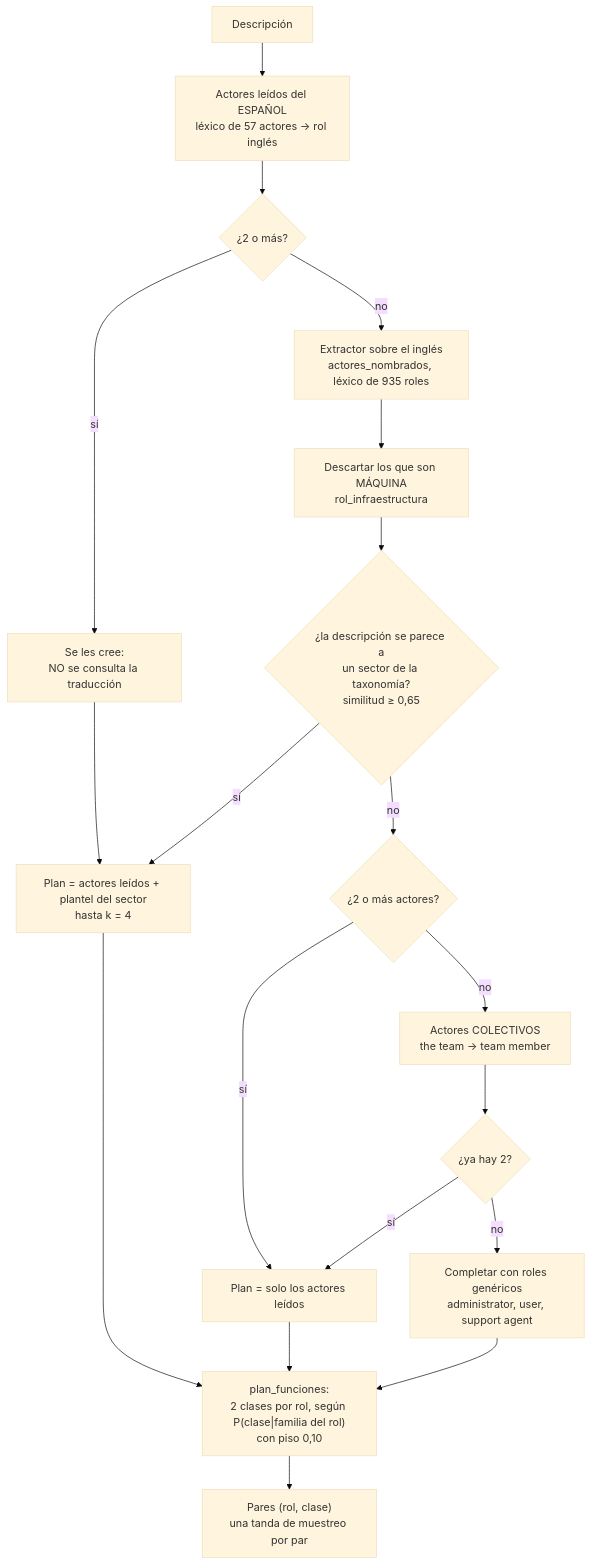
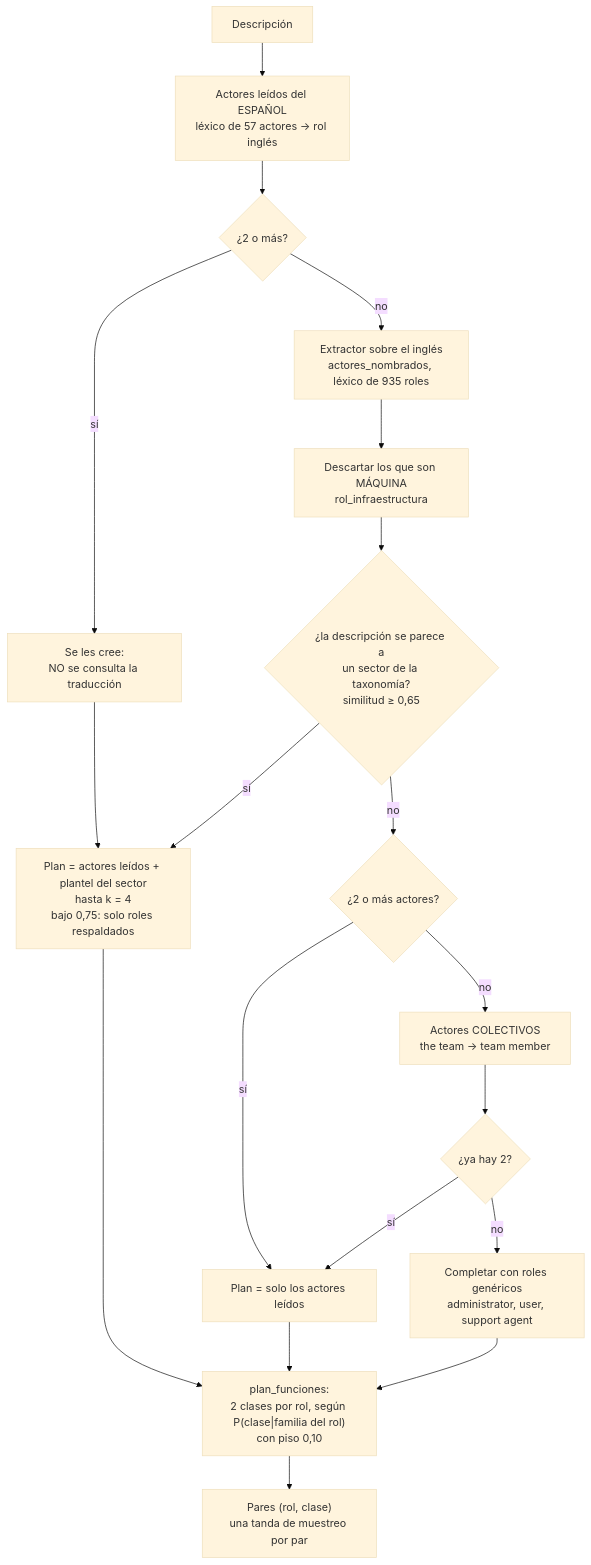
The fifth of 15 diagrams in estimador/DISENO_PIPELINE.md (DTomasVr/Estimacion-progresiva-backlog), drawn with Mermaid (base theme) before and after one commit. The commit also changed other lines of this file and 2 other files, not shown here.

Commit message:
Parte A del diseno al dia con la revision del generador del 21/10

````diff
--- a/estimador/DISENO_PIPELINE.md
+++ b/estimador/DISENO_PIPELINE.md
@@ -426,21 +492,21 @@
 ```mermaid
 flowchart TD
     A["Descripción"] --> B["Actores leídos del ESPAÑOL<br/>léxico de 57 actores → rol inglés"]
     B --> C{"¿2 o más?"}
     C -->|sí| D["Se les cree:<br/>NO se consulta la traducción"]
     C -->|no| E["Extractor sobre el inglés<br/>actores_nombrados, léxico de 935 roles"]
     E --> F["Descartar los que son MÁQUINA<br/>rol_infraestructura"]
     F --> G{"¿la descripción se parece a<br/>un sector de la taxonomía?<br/>similitud ≥ 0,65"}
-    G -->|sí| H["Plan = actores leídos + plantel del sector<br/>hasta k = 4"]
+    G -->|sí| H["Plan = actores leídos + plantel del sector<br/>hasta k = 4<br/>bajo 0,75: solo roles respaldados"]
     G -->|no| I{"¿2 o más actores?"}
     I -->|sí| J["Plan = solo los actores leídos"]
     I -->|no| K["Actores COLECTIVOS<br/>the team → team member"]
     K --> L{"¿ya hay 2?"}
     L -->|sí| J
     L -->|no| M["Completar con roles genéricos<br/>administrator, user, support agent"]
     D --> H
     H --> N["plan_funciones:<br/>2 clases por rol, según P(clase|familia del rol)<br/>con piso 0,10"]
     J --> N
     M --> N
     N --> O["Pares (rol, clase)<br/>una tanda de muestreo por par"]
 ```
````
